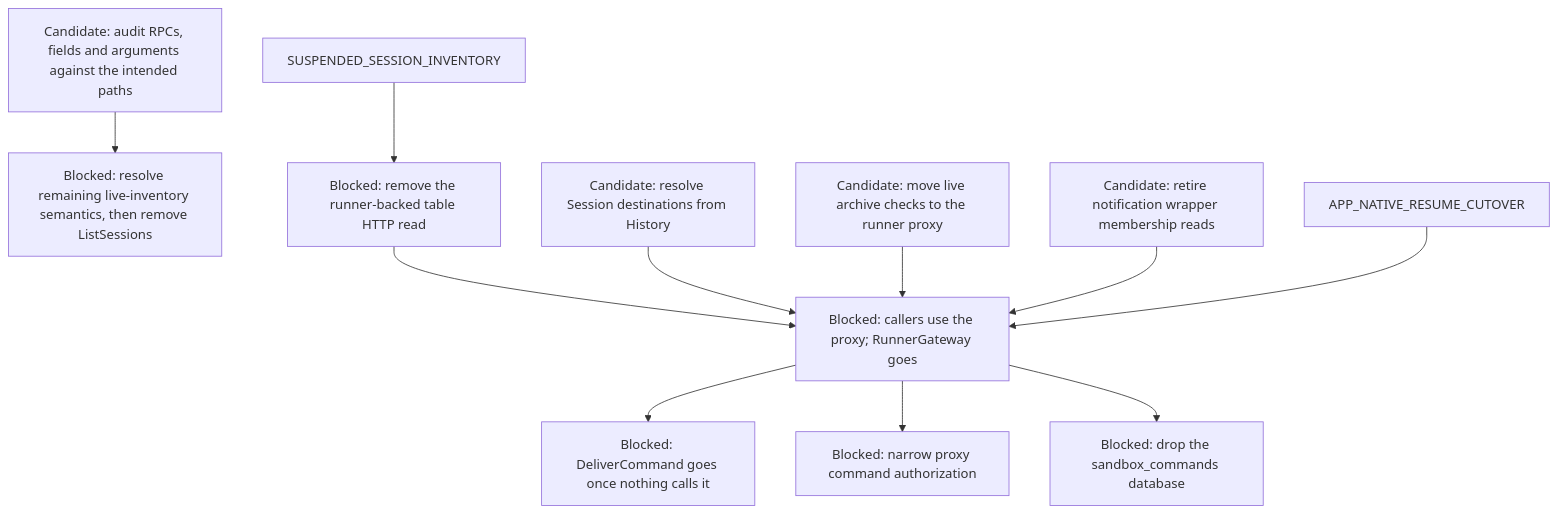
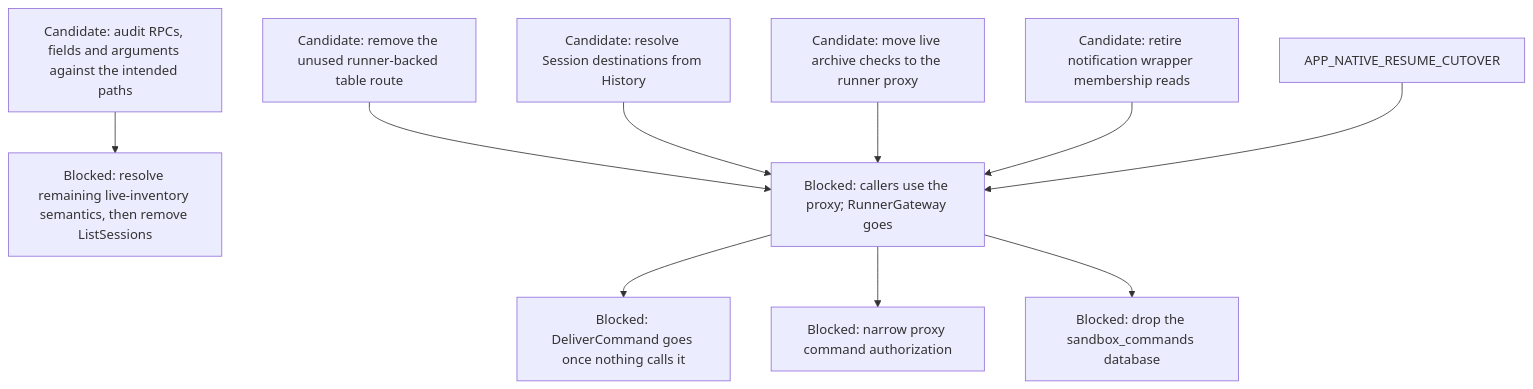
Before and after one commit to agentydragon-agent/ducktape: diagram 15 of 15 in agentplane/plans/task_dag.md, drawn with Mermaid. The commit also changed other lines of this file and 12 other files, not shown here.

````diff
--- a/agentplane/plans/task_dag.md
+++ b/agentplane/plans/task_dag.md
@@ -1104,18 +1034,17 @@
 ```mermaid
 flowchart TD
     RUNNER_COMMAND_RPCS[Blocked: DeliverCommand goes once nothing calls it]
     CONTROL_SURFACE_RETIREMENT_AUDIT[Candidate: audit RPCs, fields and arguments against the intended paths]
     CONTROL_SURFACE_RETIREMENT_AUDIT --> RUNNER_LIST_SESSIONS_RETIRE[Blocked: resolve remaining live-inventory semantics, then remove ListSessions]
     GATEWAY_WRAPPER_RETIRE --> RUNNER_COMMAND_RPCS
     GATEWAY_WRAPPER_RETIRE[Blocked: callers use the proxy; RunnerGateway goes]
-    SUSPENDED_SESSION_INVENTORY --> APP_SESSION_LIST_ROUTE_RETIRE[Blocked: remove the runner-backed table HTTP read]
-    APP_SESSION_LIST_ROUTE_RETIRE --> GATEWAY_WRAPPER_RETIRE
+    APP_SESSION_LIST_ROUTE_RETIRE[Candidate: remove the unused runner-backed table route] --> GATEWAY_WRAPPER_RETIRE
     APP_SESSION_DESTINATION_HISTORY[Candidate: resolve Session destinations from History] --> GATEWAY_WRAPPER_RETIRE
     APP_ARCHIVE_RUNNER_READ_MIGRATION[Candidate: move live archive checks to the runner proxy] --> GATEWAY_WRAPPER_RETIRE
     NOTIFICATION_SESSION_MEMBERSHIP_MIGRATION[Candidate: retire notification wrapper membership reads] --> GATEWAY_WRAPPER_RETIRE
     APP_NATIVE_RESUME_CUTOVER --> GATEWAY_WRAPPER_RETIRE
     GATEWAY_DATABASE_DROP[Blocked: drop the sandbox_commands database]
     PROXY_START_METHODS_DISPATCHER_ONLY[Blocked: narrow proxy command authorization]
     GATEWAY_WRAPPER_RETIRE --> PROXY_START_METHODS_DISPATCHER_ONLY
     GATEWAY_WRAPPER_RETIRE --> GATEWAY_DATABASE_DROP
 ```
````
